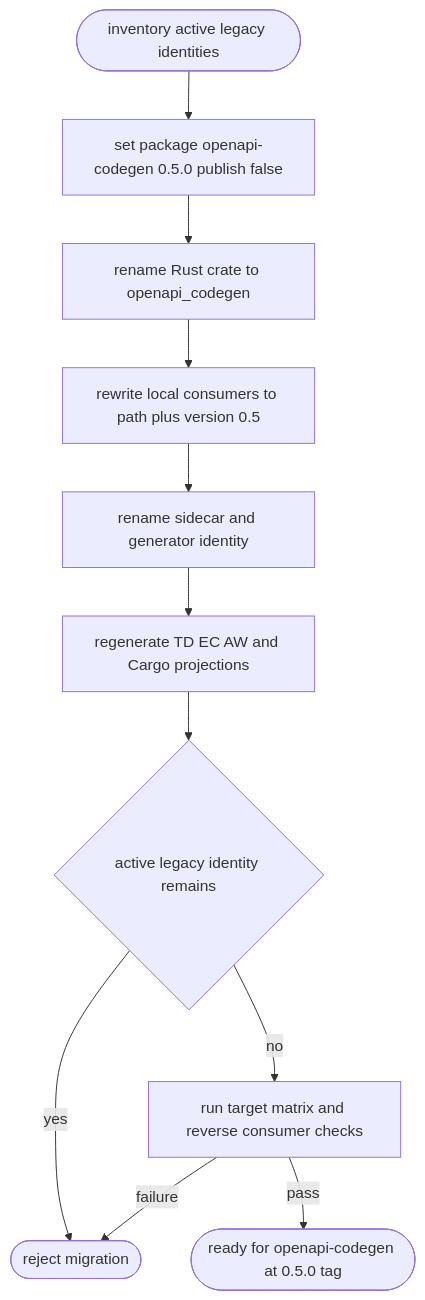
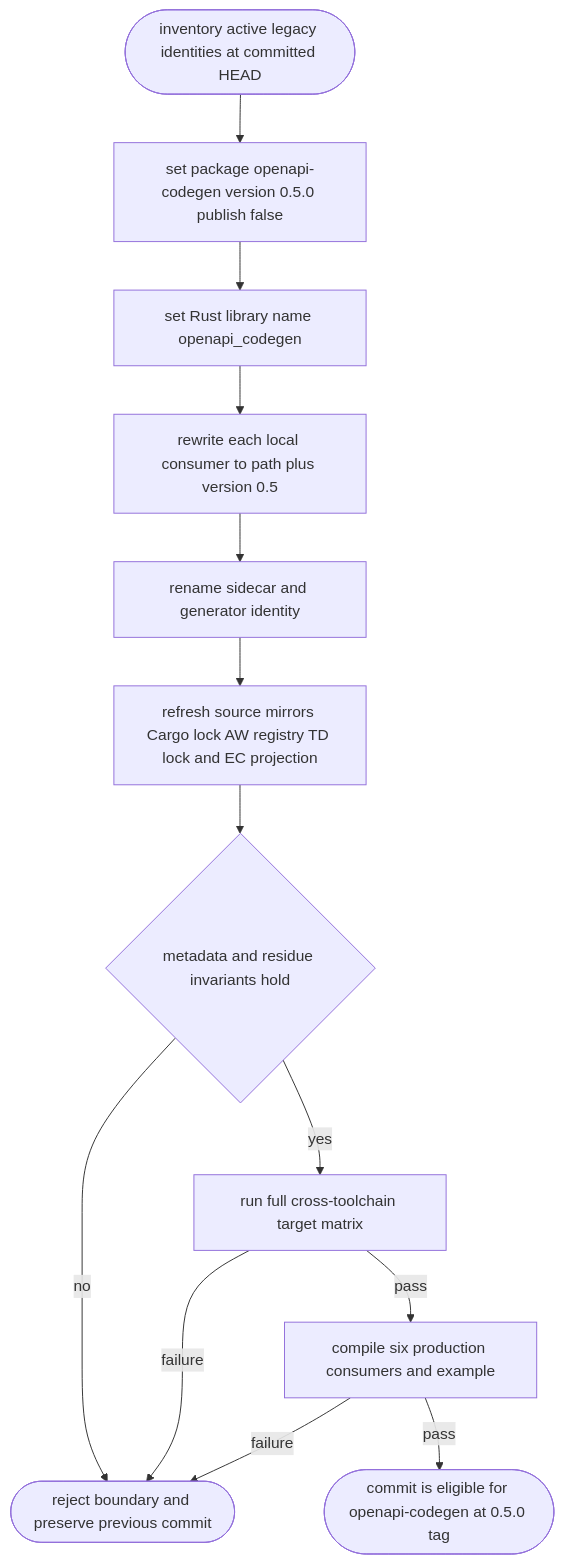
Before and after one commit to chrischeng-c4/axiom: the first of 2 diagrams in libs/openapi-codegen/tech-design/interfaces/rest/rename-and-version-the-openapi-codegen-git-dependency-boundary.md, drawn with Mermaid. The commit also changed other lines of this file, not shown here.

Commit message:
td(2537) — contract section: logic
Lifecycle-Slug: 2537
Work-Item: 2537
Lifecycle-Stage: Td-Section
Lifecycle-Phase: td_contract_in_progress
Lifecycle-Pass: contract
TD-Section: logic
Previous-Phase: td_applicability_created
Next-Phase: td_contract_in_progress
Next-Command: aw td create

````diff
--- a/libs/openapi-codegen/tech-design/interfaces/rest/rename-and-version-the-openapi-codegen-git-dependency-boundary.md
+++ b/libs/openapi-codegen/tech-design/interfaces/rest/rename-and-version-the-openapi-codegen-git-dependency-boundary.md
@@ -10,39 +10,44 @@
 ```mermaid
 ---
 id: openapi-codegen-git-version-boundary
 entry: inventory
 nodes:
-  inventory: { kind: start, label: "inventory active legacy identities" }
-  package: { kind: process, label: "set package openapi-codegen 0.5.0 publish false" }
-  crate: { kind: process, label: "rename Rust crate to openapi_codegen" }
-  consumers: { kind: process, label: "rewrite local consumers to path plus version 0.5" }
-  manifest: { kind: process, label: "rename sidecar and generator identity" }
-  projections: { kind: process, label: "regenerate TD EC AW and Cargo projections" }
-  residue: { kind: decision, label: "active legacy identity remains" }
-  verify: { kind: process, label: "run target matrix and reverse consumer checks" }
-  fail: { kind: terminal, label: "reject migration" }
-  ready: { kind: terminal, label: "ready for openapi-codegen at 0.5.0 tag" }
+  inventory: { kind: start, label: "inventory active legacy identities at committed HEAD" }
+  package: { kind: process, label: "set package openapi-codegen version 0.5.0 publish false" }
+  crate: { kind: process, label: "set Rust library name openapi_codegen" }
+  consumers: { kind: process, label: "rewrite each local consumer to path plus version 0.5" }
+  manifest: { kind: process, label: "rename sidecar to .openapi-codegen.json and generator to openapi-codegen" }
+  projections: { kind: process, label: "refresh source mirrors Cargo lock AW registry TD lock and EC projection" }
+  identity_ok: { kind: decision, label: "metadata and residue invariants hold" }
+  matrix: { kind: process, label: "run full cross-toolchain target matrix" }
+  reverse: { kind: process, label: "compile six production consumers and example" }
+  reject: { kind: terminal, label: "reject boundary and preserve previous commit" }
+  ready: { kind: terminal, label: "commit is eligible for openapi-codegen at 0.5.0 tag" }
 edges:
   - { from: inventory, to: package }
   - { from: package, to: crate }
   - { from: crate, to: consumers }
   - { from: consumers, to: manifest }
   - { from: manifest, to: projections }
-  - { from: projections, to: residue }
-  - { from: residue, to: fail, label: "yes" }
-  - { from: residue, to: verify, label: "no" }
-  - { from: verify, to: fail, label: "failure" }
-  - { from: verify, to: ready, label: "pass" }
+  - { from: projections, to: identity_ok }
+  - { from: identity_ok, to: reject, label: "no" }
+  - { from: identity_ok, to: matrix, label: "yes" }
+  - { from: matrix, to: reject, label: "failure" }
+  - { from: matrix, to: reverse, label: "pass" }
+  - { from: reverse, to: reject, label: "failure" }
+  - { from: reverse, to: ready, label: "pass" }
 ---
 flowchart TD
-  inventory([inventory active legacy identities]) --> package[set package openapi-codegen 0.5.0 publish false]
-  package --> crate[rename Rust crate to openapi_codegen]
-  crate --> consumers[rewrite local consumers to path plus version 0.5]
+  inventory([inventory active legacy identities at committed HEAD]) --> package[set package openapi-codegen version 0.5.0 publish false]
+  package --> crate[set Rust library name openapi_codegen]
+  crate --> consumers[rewrite each local consumer to path plus version 0.5]
   consumers --> manifest[rename sidecar and generator identity]
-  manifest --> projections[regenerate TD EC AW and Cargo projections]
-  projections --> residue{active legacy identity remains}
-  residue -->|yes| fail([reject migration])
-  residue -->|no| verify[run target matrix and reverse consumer checks]
-  verify -->|failure| fail
-  verify -->|pass| ready([ready for openapi-codegen at 0.5.0 tag])
+  manifest --> projections[refresh source mirrors Cargo lock AW registry TD lock and EC projection]
+  projections --> identity_ok{metadata and residue invariants hold}
+  identity_ok -->|no| reject([reject boundary and preserve previous commit])
+  identity_ok -->|yes| matrix[run full cross-toolchain target matrix]
+  matrix -->|failure| reject
+  matrix -->|pass| reverse[compile six production consumers and example]
+  reverse -->|failure| reject
+  reverse -->|pass| ready([commit is eligible for openapi-codegen at 0.5.0 tag])
 ```
````
